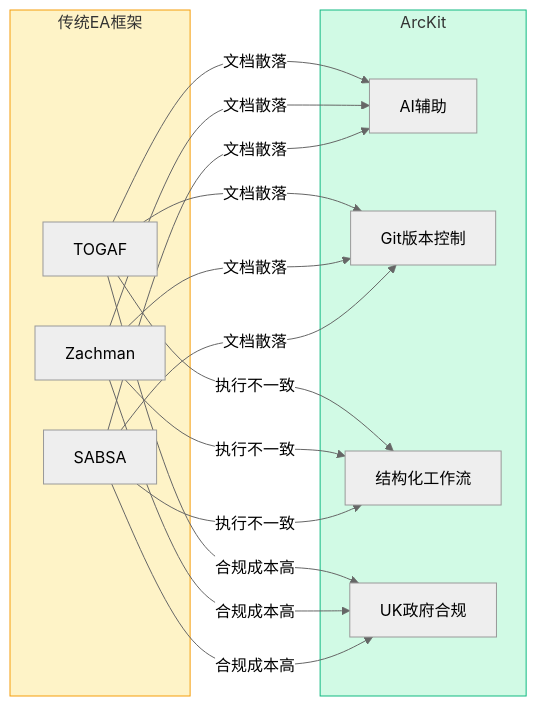
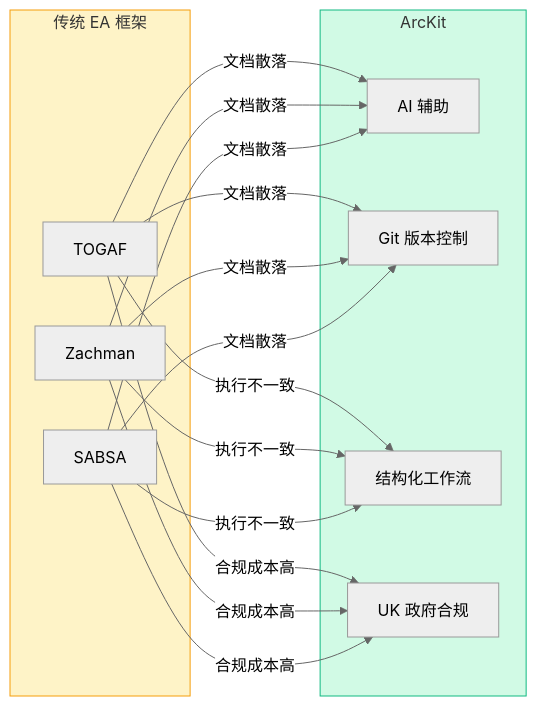
The fifth of 6 diagrams in content/posts/tech/arc-kit-enterprise-architecture-governance.md (A1pha3/text-matrix), drawn with Mermaid (neutral theme) before and after one commit. The commit also changed other lines of this file and 221 other files, not shown here.

````diff
--- a/content/posts/tech/arc-kit-enterprise-architecture-governance.md
+++ b/content/posts/tech/arc-kit-enterprise-architecture-governance.md
@@ -598,22 +598,22 @@
 ```mermaid
 flowchart LR
-    subgraph Traditional[传统EA框架]
+    subgraph Traditional[传统 EA 框架]
         T1[TOGAF]
         T2[Zachman]
         T3[SABSA]
     end
 
     subgraph ArcKit[ArcKit]
-        A1[AI辅助]
-        A2[Git版本控制]
+        A1[AI 辅助]
+        A2[Git 版本控制]
         A3[结构化工作流]
-        A4[UK政府合规]
+        A4[UK 政府合规]
     end
 
     T1 & T2 & T3 -->|文档散落| A1 & A2
     T1 & T2 & T3 -->|执行不一致| A3
     T1 & T2 & T3 -->|合规成本高| A4
 
     style Traditional fill:#fef3c7,stroke:#f59e0b
     style ArcKit fill:#d1fae5,stroke:#10b981
 ```
````
